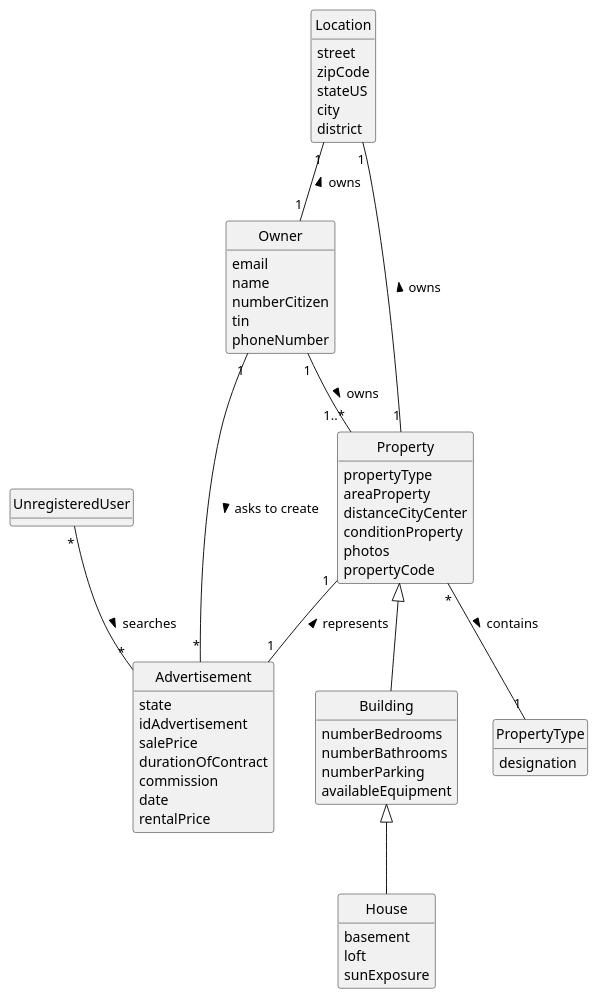
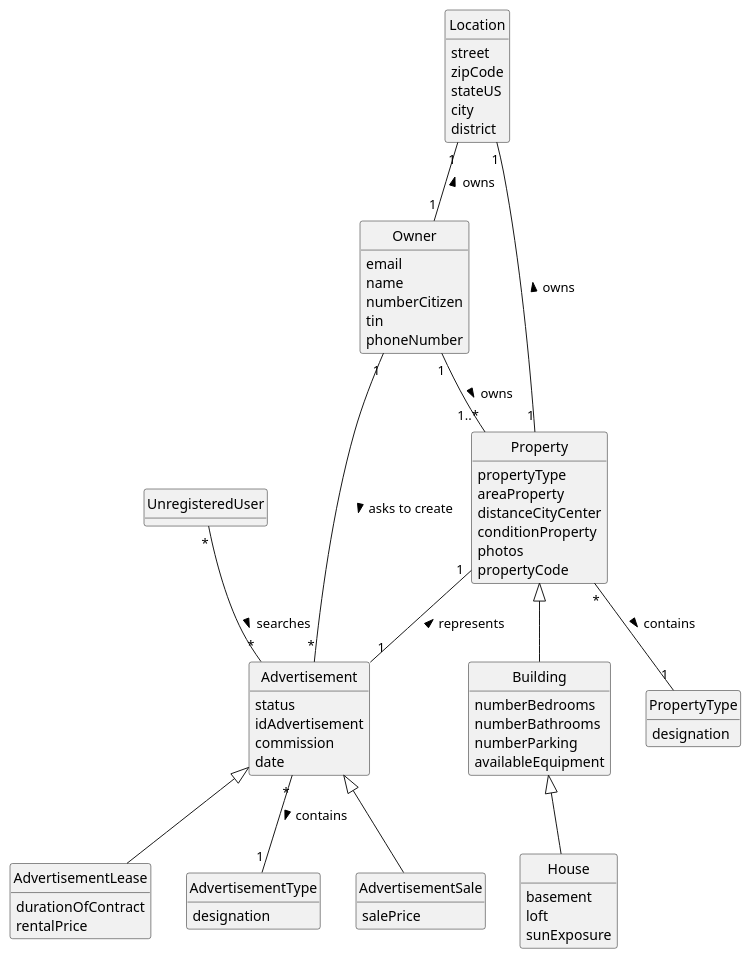
Before and after one commit to PEDROMOREIRA45/lei-23-s2-1dg-g31: the diagram in docs/sprintA/us001/02.analysis/puml/us001-domain-model.puml, drawn with PlantUML. The commit also changed 53 other files, not shown here.

```diff
--- a/docs/sprintA/us001/02.analysis/puml/us001-domain-model.puml
+++ b/docs/sprintA/us001/02.analysis/puml/us001-domain-model.puml
@@ -1,80 +1,94 @@
 @startuml
 skinparam monochrome true
 skinparam packageStyle rectangle
 skinparam shadowing false
 
 'left to right direction
 
 skinparam classAttributeIconSize 0
 
 hide circle
 hide methods
 
 class PropertyType{
     designation
 }
 
 class Property{
     propertyType
     areaProperty
     distanceCityCenter
     conditionProperty
     photos
     propertyCode
 }
 
 class UnregisteredUser
 
 class Owner {
     email
     name
     numberCitizen
     tin
     phoneNumber
 }
 
 
 class House {
     basement
     loft
     sunExposure
 }
 
 class Building{
     numberBedrooms
     numberBathrooms
     numberParking
     availableEquipment
 }
 
 class Advertisement {
-    state
+    status
     idAdvertisement
-    salePrice
-    durationOfContract
     commission
     date
-    rentalPrice
 }
 
 class Location{
     street
     zipCode
     stateUS
     city
     district
+}
+
+class AdvertisementSale {
+    salePrice
+}
+
+class AdvertisementLease {
+    durationOfContract
+    rentalPrice
+
+}
+
+class AdvertisementType {
+    designation
 }
 
 
 
 UnregisteredUser "*" -- "*" Advertisement: searches >
 Owner "1"--"1..*" Property: owns >
 Property <|-- Building
 Property "*" -- "1" PropertyType: contains >
 Building <|-- House
 Property "1" -- "1" Advertisement: represents <
 Location "1" -- "1" Property: owns <
 Location "1" -- "1" Owner: owns <
 Owner "1" -- "*" Advertisement: asks to create >
+Advertisement <|-- AdvertisementSale
+Advertisement <|-- AdvertisementLease
+Advertisement "*" -- "1" AdvertisementType: contains >
 
 @enduml
```
